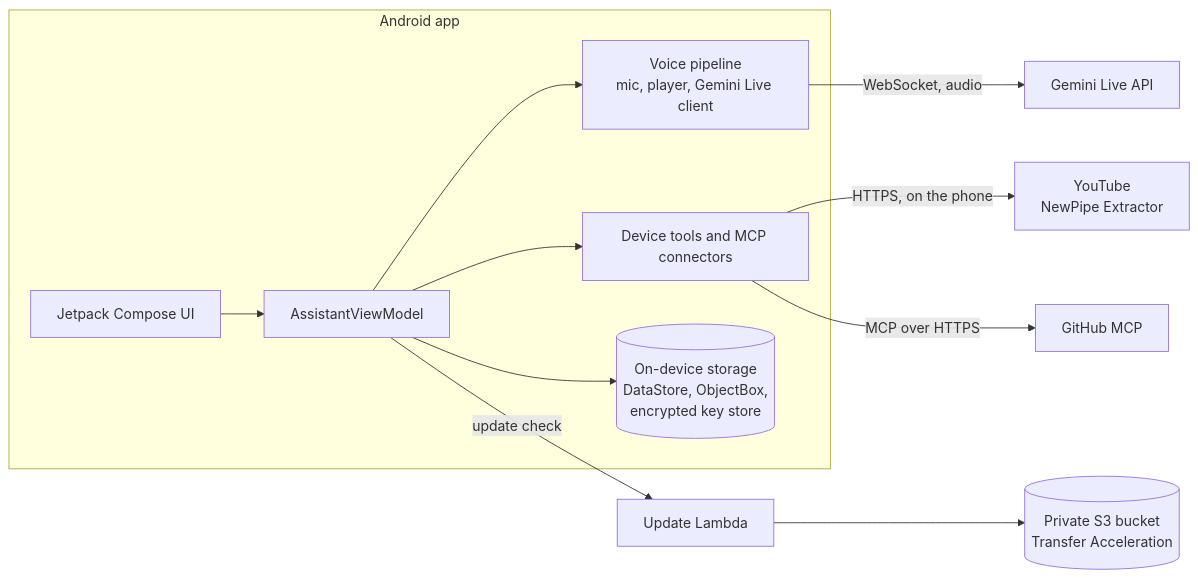
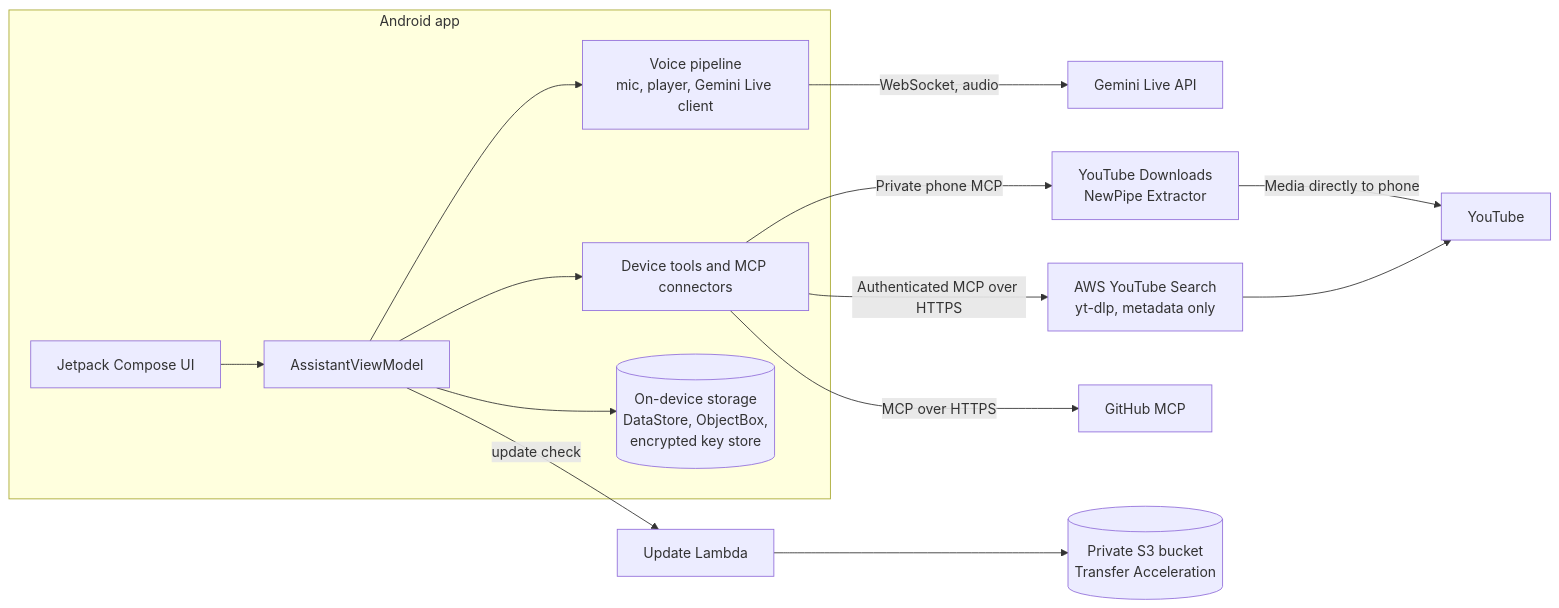
The diagram in README.md (devxjitin/ultron-android), drawn with Mermaid before and after one commit. The commit also changed other lines of this file and 23 other files, not shown here.

Commit message:
feat: split YouTube cloud lookup and phone downloads; target Python 3.14

````diff
--- a/README.md
+++ b/README.md
@@ -152,15 +153,18 @@
 ```mermaid
 flowchart LR
     subgraph Phone["Android app"]
         UI["Jetpack Compose UI"] --> VM["AssistantViewModel"]
         VM --> Voice["Voice pipeline<br/>mic, player, Gemini Live client"]
         VM --> Tools["Device tools and MCP connectors"]
         VM --> Store[("On-device storage<br/>DataStore, ObjectBox,<br/>encrypted key store")]
     end
 
     Voice -- "WebSocket, audio" --> GL["Gemini Live API"]
-    Tools -- "HTTPS, on the phone" --> YT["YouTube<br/>NewPipe Extractor"]
+    Tools -- "Private phone MCP" --> YTD["YouTube Downloads<br/>NewPipe Extractor"]
+    YTD -- "Media directly to phone" --> YT["YouTube"]
+    Tools -- "Authenticated MCP over HTTPS" --> YTS["AWS YouTube Search<br/>yt-dlp, metadata only"]
+    YTS --> YT
     Tools -- "MCP over HTTPS" --> GH["GitHub MCP"]
     VM -- "update check" --> UP["Update Lambda"]
     UP --> S3[("Private S3 bucket<br/>Transfer Acceleration")]
 ```
````
